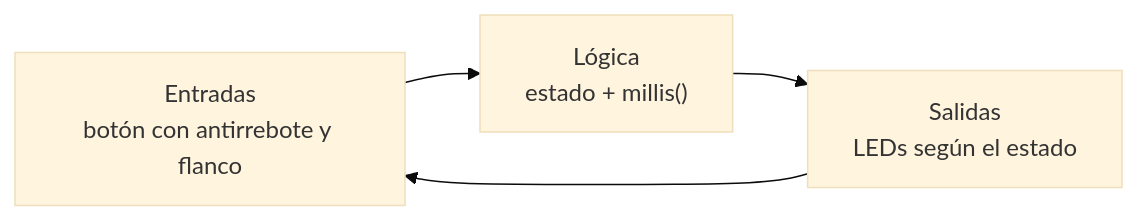
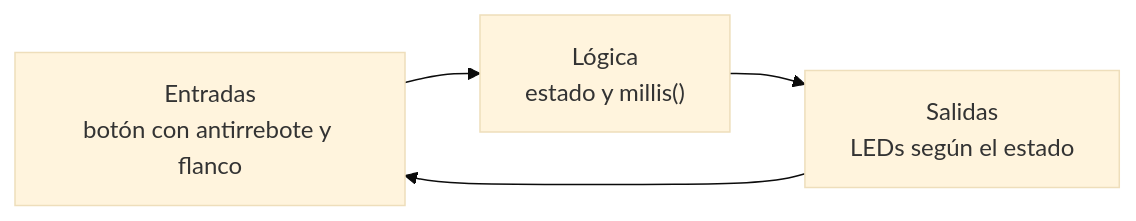
Before and after one commit to AlejandroTatum/sistemas-digitales-unl: the eighth of 8 diagrams in unidad-1/apuntes/04-tipos-tiempo-y-pulsadores.md, drawn with Mermaid (base theme). The commit also changed other lines of this file and 16 other files, not shown here.

````diff
--- a/unidad-1/apuntes/04-tipos-tiempo-y-pulsadores.md
+++ b/unidad-1/apuntes/04-tipos-tiempo-y-pulsadores.md
@@ -260,6 +236,6 @@
 ```mermaid
 flowchart LR
-    E["Entradas<br/>botón con antirrebote y flanco"] --> L["Lógica<br/>estado + millis()"]
+    E["Entradas<br/>botón con antirrebote y flanco"] --> L["Lógica<br/>estado y millis()"]
     L --> S["Salidas<br/>LEDs según el estado"]
     S --> E
 ```
````
